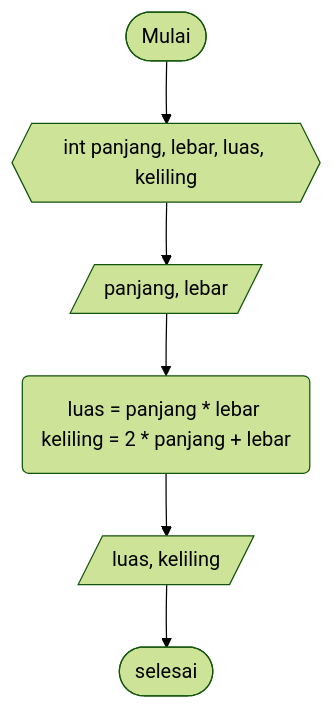
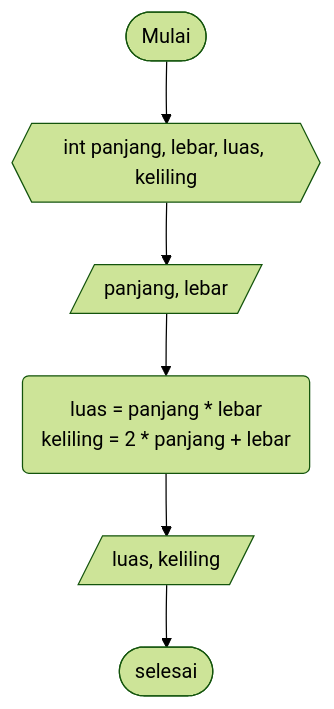
One commit to ValSyacy/daspro-jobsheet1 changed the diagram in PersegiPanjang.md. Above: the diagram before and after it, drawn with Mermaid (forest theme).

````diff
--- a/PersegiPanjang.md
+++ b/PersegiPanjang.md
@@ -17,8 +17,9 @@
 ```mermaid
 flowchart TD;
     A([Mulai])-->B{{int panjang, lebar, luas, keliling}}
     B-->C[/panjang, lebar/]
-    C-->D(luas = panjang * lebar keliling = 2 * panjang + lebar)
+    C-->D(luas = panjang * lebar
+    keliling = 2 * panjang + lebar)
     D-->E[/luas, keliling/]
     E-->F([selesai])
 ```
````
